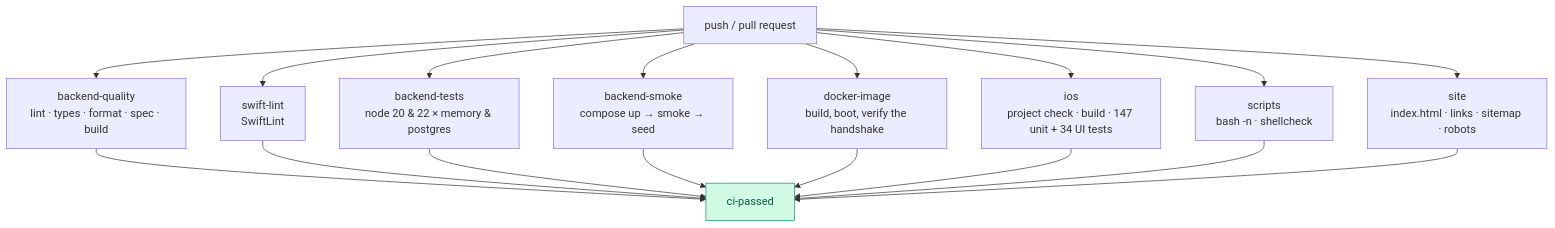
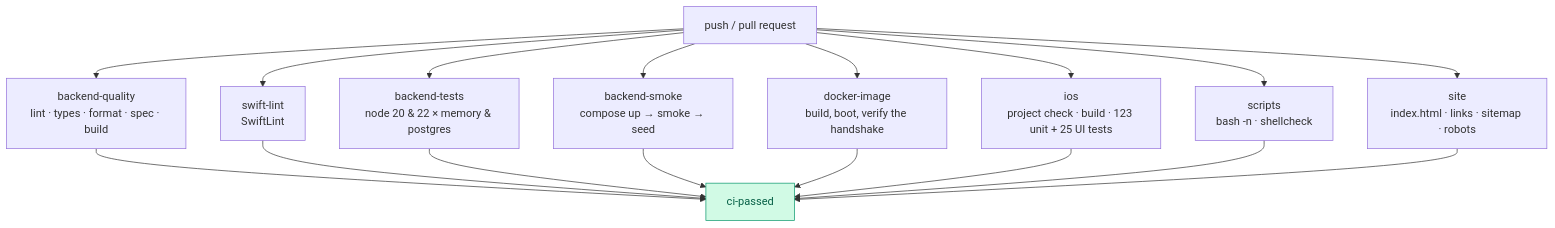
One commit to hoangsonww/Flappy-Bird-Game changed the first of 2 diagrams in docs/CI-CD.md. Above: the diagram before and after it, drawn with Mermaid. The commit also changed 43 other files, not shown here.

````diff
--- a/docs/CI-CD.md
+++ b/docs/CI-CD.md
@@ -14,24 +14,24 @@
 ```mermaid
 flowchart TB
     Push["push / pull request"]
 
     Push --> BQ["backend-quality<br/>lint · types · format · spec · build"]
     Push --> BT["backend-tests<br/>node 20 & 22 × memory & postgres"]
     Push --> BS["backend-smoke<br/>compose up → smoke → seed"]
     Push --> DI["docker-image<br/>build, boot, verify the handshake"]
-    Push --> IOS["ios<br/>project check · build · 147 unit + 34 UI tests"]
+    Push --> IOS["ios<br/>project check · build · 123 unit + 25 UI tests"]
     Push --> SL["swift-lint<br/>SwiftLint"]
     Push --> SC["scripts<br/>bash -n · shellcheck"]
     Push --> ST["site<br/>index.html · links · sitemap · robots"]
 
     BQ --> Gate["ci-passed"]
     SL --> Gate
     BT --> Gate
     BS --> Gate
     DI --> Gate
     IOS --> Gate
     SC --> Gate
     ST --> Gate
 
     style Gate fill:#d1fae5,stroke:#059669,color:#065f46
 ```
````
